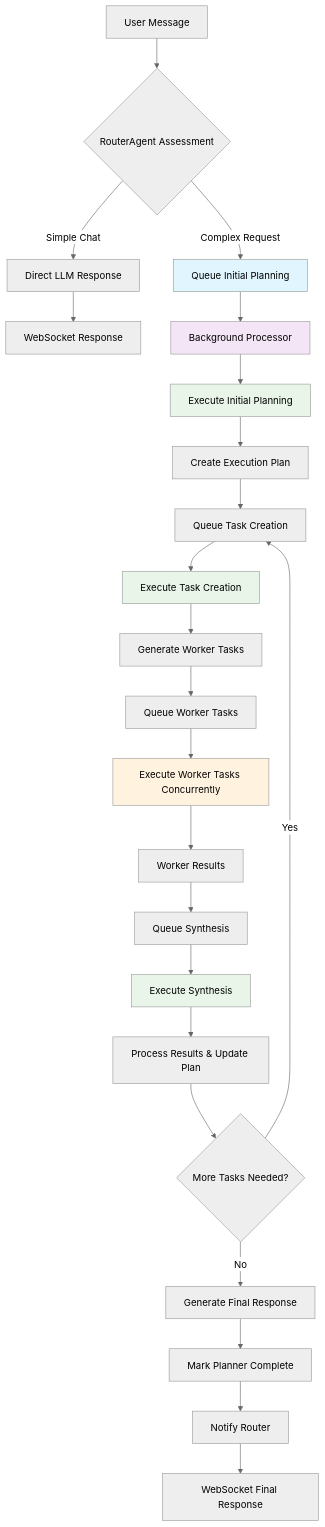
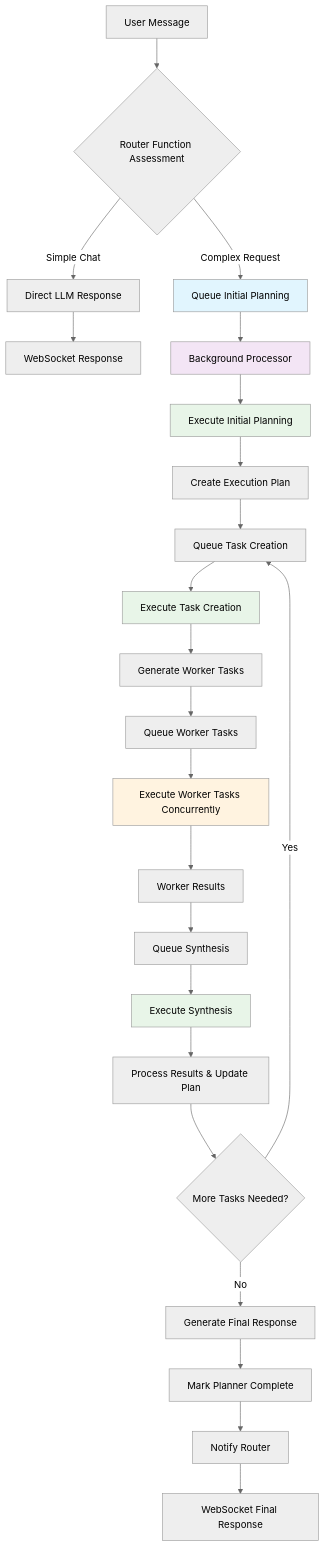
The second of 12 diagrams in ARCHITECTURE.md (bryan-zxc/agent), drawn with Mermaid (neutral theme) before and after one commit. The commit also changed other lines of this file and 62 other files, not shown here.

Commit message:
complete testing including router agent to function restructure

````diff
--- a/ARCHITECTURE.md
+++ b/ARCHITECTURE.md
@@ -104,38 +104,38 @@
 ```mermaid
 graph TD
-    A[User Message] --> B{RouterAgent Assessment}
+    A[User Message] --> B{Router Function Assessment}
     B -->|Simple Chat| C[Direct LLM Response]
     B -->|Complex Request| D[Queue Initial Planning]
     
     C --> E[WebSocket Response]
     
     D --> F[Background Processor]
     F --> G[Execute Initial Planning]
     G --> H[Create Execution Plan]
     H --> I[Queue Task Creation]
     
     I --> J[Execute Task Creation]
     J --> K[Generate Worker Tasks]
     K --> L[Queue Worker Tasks]
     
     L --> M[Execute Worker Tasks Concurrently]
     M --> N[Worker Results]
     N --> O[Queue Synthesis]
     
     O --> P[Execute Synthesis]
     P --> Q[Process Results & Update Plan]
     Q --> R{More Tasks Needed?}
     
     R -->|Yes| I
     R -->|No| S[Generate Final Response]
     S --> T[Mark Planner Complete]
     T --> U[Notify Router]
     U --> V[WebSocket Final Response]
     
     style D fill:#e1f5fe
     style F fill:#f3e5f5
     style G fill:#e8f5e8
     style J fill:#e8f5e8
     style M fill:#fff3e0
     style P fill:#e8f5e8
 ```
````
